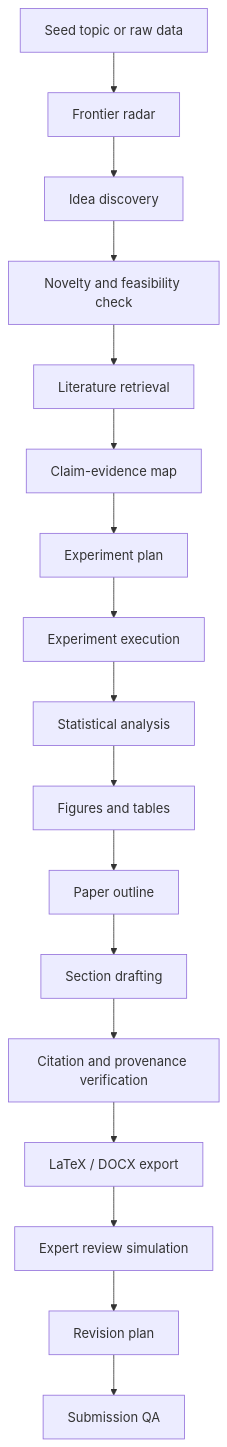
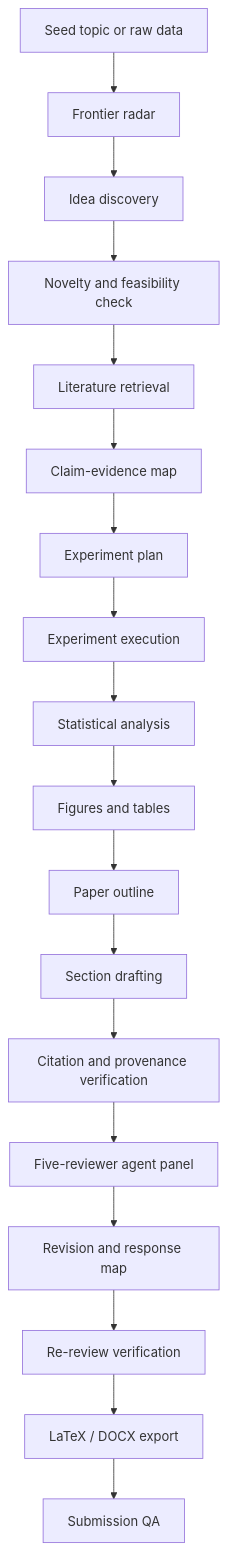
The diagram in docs/workflow-map.md (fengmo11/awesome-paper-research-skills), drawn with Mermaid before and after one commit. The commit also changed other lines of this file and 11 other files, not shown here.

Commit message:
Add five reviewer paper gate

````diff
--- a/docs/workflow-map.md
+++ b/docs/workflow-map.md
@@ -7,19 +7,20 @@
 ```mermaid
 flowchart TD
   A["Seed topic or raw data"] --> B["Frontier radar"]
   B --> C["Idea discovery"]
   C --> D["Novelty and feasibility check"]
   D --> E["Literature retrieval"]
   E --> F["Claim-evidence map"]
   F --> G["Experiment plan"]
   G --> H["Experiment execution"]
   H --> I["Statistical analysis"]
   I --> J["Figures and tables"]
   J --> K["Paper outline"]
   K --> L["Section drafting"]
   L --> M["Citation and provenance verification"]
-  M --> N["LaTeX / DOCX export"]
-  N --> O["Expert review simulation"]
-  O --> P["Revision plan"]
-  P --> Q["Submission QA"]
+  M --> N["Five-reviewer agent panel"]
+  N --> O["Revision and response map"]
+  O --> P["Re-review verification"]
+  P --> Q["LaTeX / DOCX export"]
+  Q --> R["Submission QA"]
 ```
````
